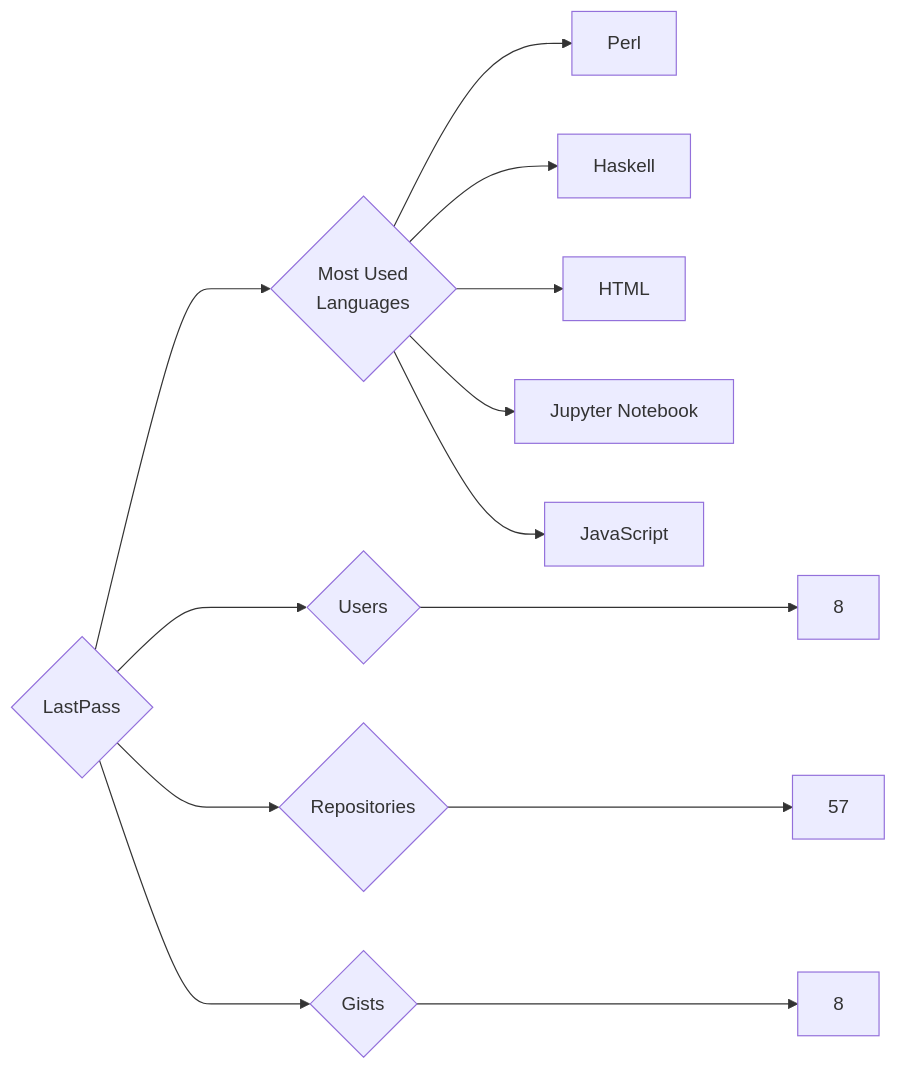
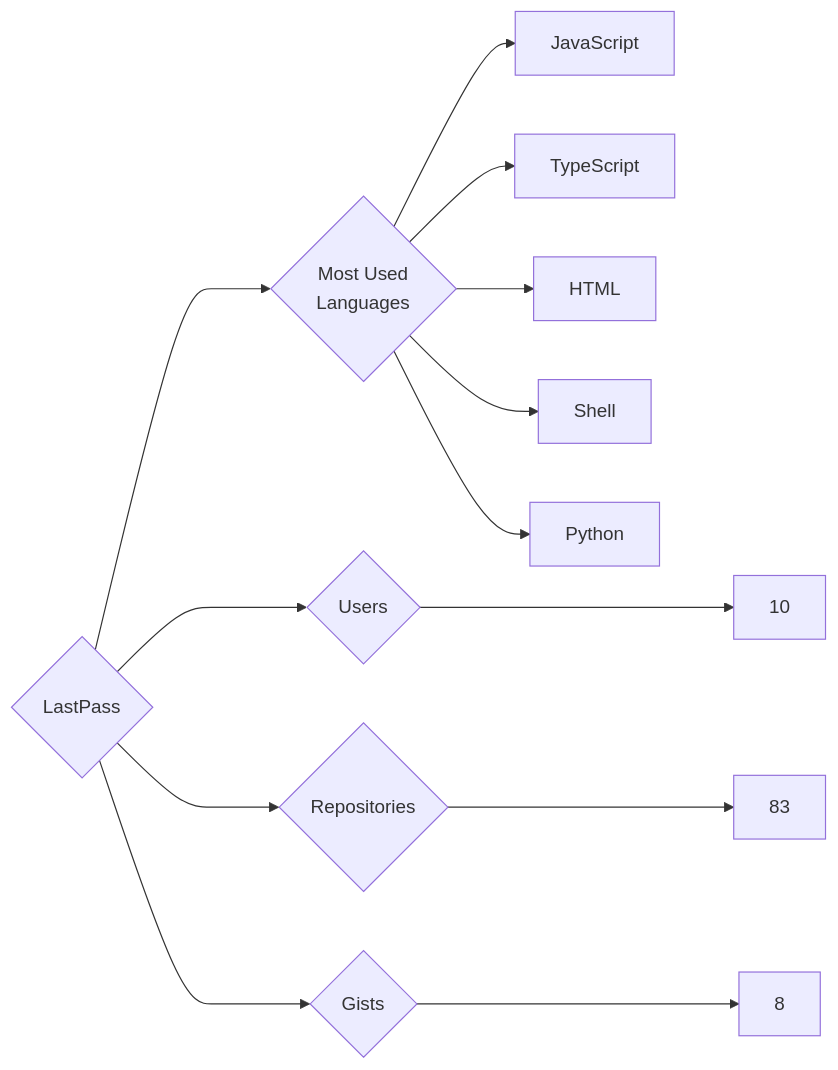
Before and after one commit to trickest/insiders: the diagram in targets/LastPass/README.md, drawn with Mermaid. The commit also changed 757 other files, not shown here.

````diff
--- a/targets/LastPass/README.md
+++ b/targets/LastPass/README.md
@@ -3,13 +3,13 @@
 ```mermaid
 graph LR
 COMPANY_NAME{LastPass}
-COMPANY_NAME ---> U{Users} ---> UN[8]
-COMPANY_NAME ---> R{Repositories} ---> RN[57]
+COMPANY_NAME ---> U{Users} ---> UN[10]
+COMPANY_NAME ---> R{Repositories} ---> RN[83]
 COMPANY_NAME ---> G{Gists} ---> GN[8]
 COMPANY_NAME ---> ML{Most Used<br>Languages}
-ML --> Perl[Perl]
-ML --> Haskell[Haskell]
+ML --> JavaScript[JavaScript]
+ML --> TypeScript[TypeScript]
 ML --> HTML[HTML]
-ML --> Jupyter_Notebook[Jupyter Notebook]
-ML --> JavaScript[JavaScript]
+ML --> Shell[Shell]
+ML --> Python[Python]
 ```
````
